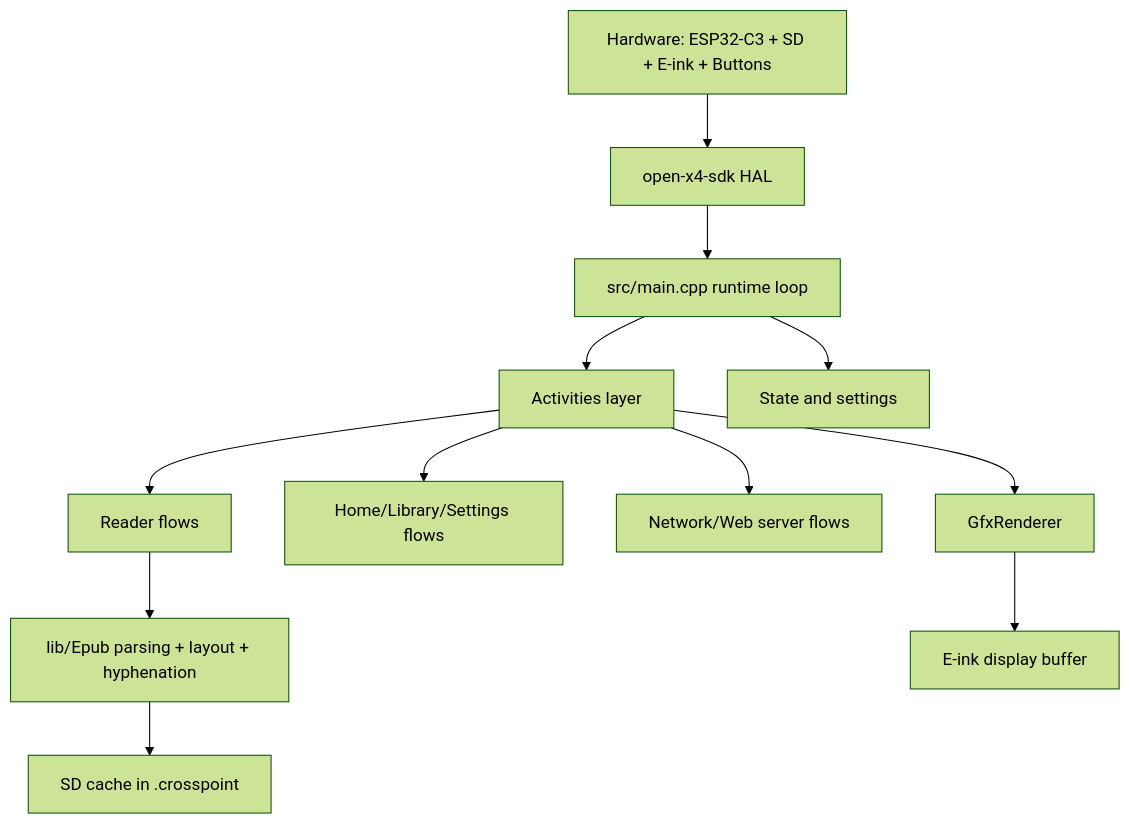
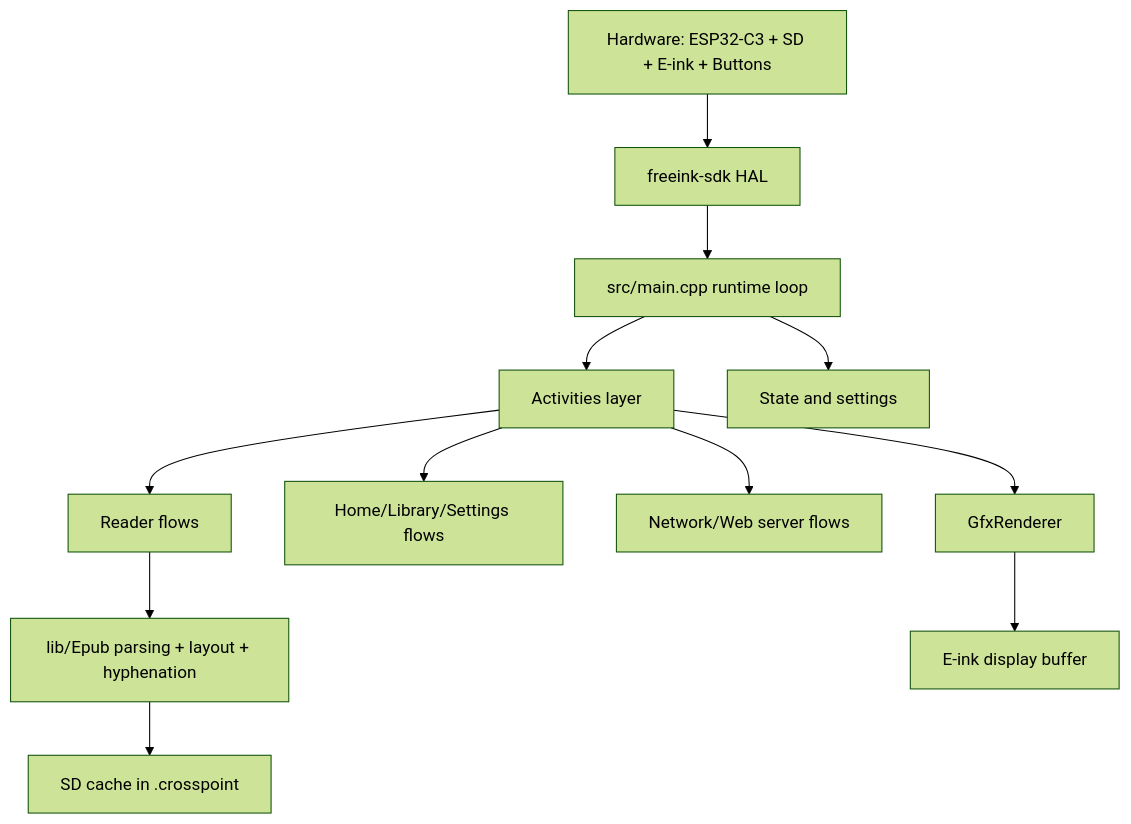
The first of 4 diagrams in docs/contributing/architecture.md (zrn-ns/crosspoint-jp), drawn with Mermaid (forest theme) before and after one commit. The commit also changed other lines of this file and 2 other files, not shown here.

Commit message:
✏️ docs: freeink-sdk移行に伴うドキュメント更新
- CLAUDE.md(.skills/SKILL.md): SDK参照先をfreeink-sdkに変更、
  環境一覧を実在するdefault/gh_releaseのみに修正、ビルド目安を更新
  （RAM減少はフレームバッファの.bss→heap移動によるもの）
- docs/contributing/architecture.md: SDK名を更新
- platformio.ini: mbedTLSコメントのフレームバッファ記述を更新
  （「.bssなので返せない」前提がheap確保に変わったため）

````diff
--- a/docs/contributing/architecture.md
+++ b/docs/contributing/architecture.md
@@ -9,14 +9,14 @@
 ```mermaid
 graph TD
-    A[Hardware: ESP32-C3 + SD + E-ink + Buttons] --> B[open-x4-sdk HAL]
+    A[Hardware: ESP32-C3 + SD + E-ink + Buttons] --> B[freeink-sdk HAL]
     B --> C[src/main.cpp runtime loop]
     C --> D[Activities layer]
     C --> E[State and settings]
     D --> F[Reader flows]
     D --> G[Home/Library/Settings flows]
     D --> H[Network/Web server flows]
     F --> I[lib/Epub parsing + layout + hyphenation]
     I --> J[SD cache in .crosspoint]
     D --> K[GfxRenderer]
     K --> L[E-ink display buffer]
 ```
````
